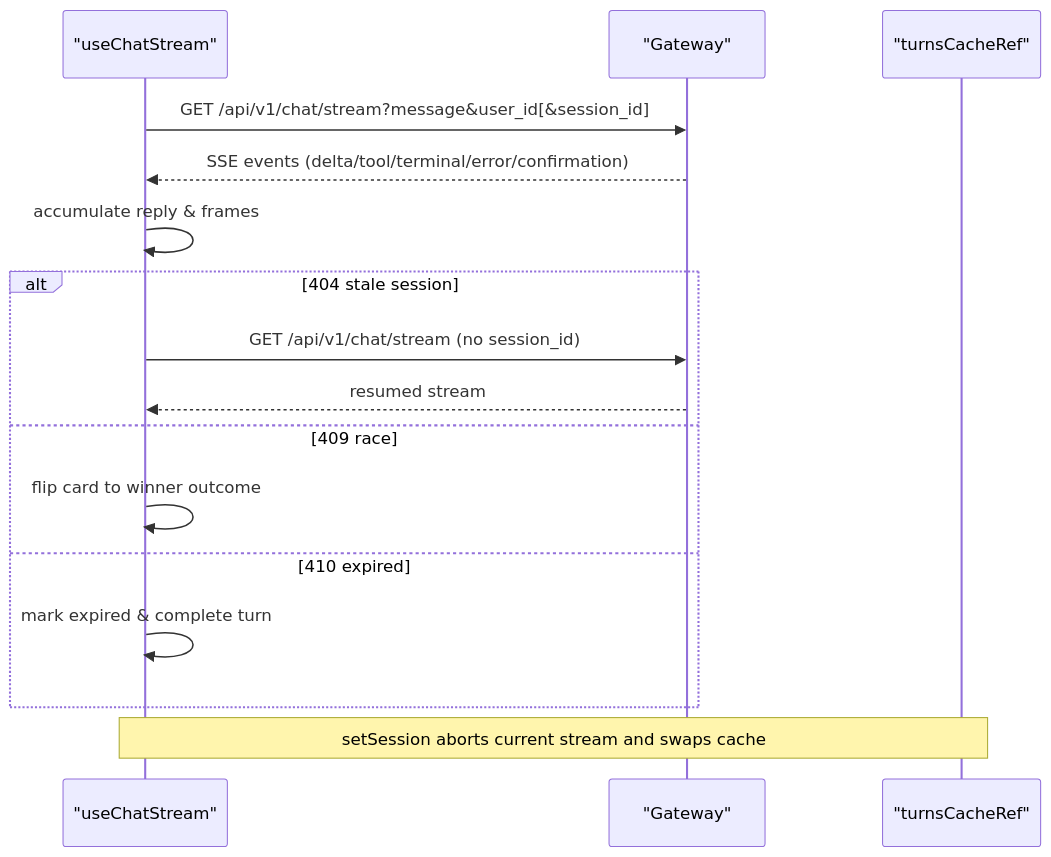
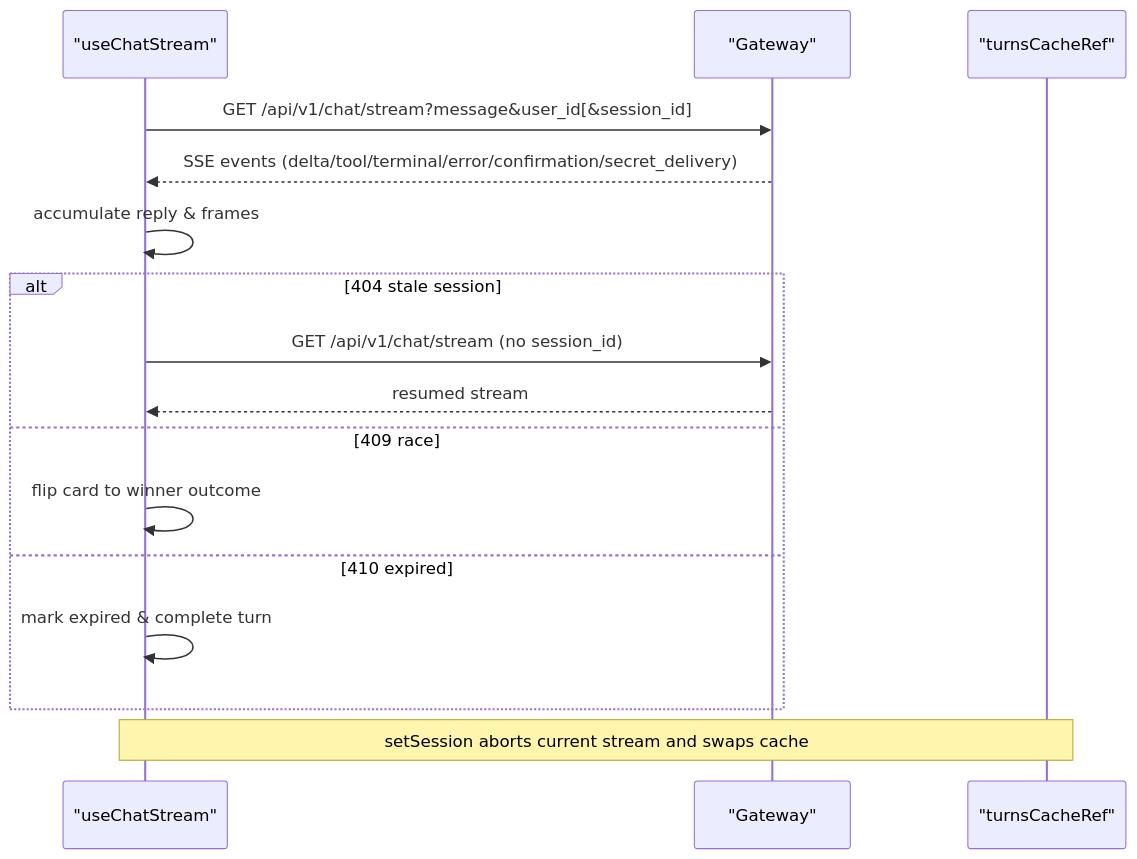
Before and after one commit to metasync/luban-aiops: the fourth of 9 diagrams in .qoder/repowiki/en/content/Operator Portal/Chat Interface/Chat Interface.md, drawn with Mermaid. The commit also changed other lines of this file and 56 other files, not shown here.

First line of the commit message:
docs: refresh repowiki knowledge cache (SPEC-062 secret delivery, v0.42.0)

````diff
--- a/.qoder/repowiki/en/content/Operator Portal/Chat Interface/Chat Interface.md
+++ b/.qoder/repowiki/en/content/Operator Portal/Chat Interface/Chat Interface.md
@@ -197,18 +232,18 @@
 ```mermaid
 sequenceDiagram
 participant Hook as "useChatStream"
 participant API as "Gateway"
 participant Cache as "turnsCacheRef"
 Hook->>API : GET /api/v1/chat/stream?message&user_id[&session_id]
-API-->>Hook : SSE events (delta/tool/terminal/error/confirmation)
+API-->>Hook : SSE events (delta/tool/terminal/error/confirmation/secret_delivery)
 Hook->>Hook : accumulate reply & frames
 alt 404 stale session
 Hook->>API : GET /api/v1/chat/stream (no session_id)
 API-->>Hook : resumed stream
 else 409 race
 Hook->>Hook : flip card to winner outcome
 else 410 expired
 Hook->>Hook : mark expired & complete turn
 end
 Note over Hook,Cache : setSession aborts current stream and swaps cache
 ```
````
